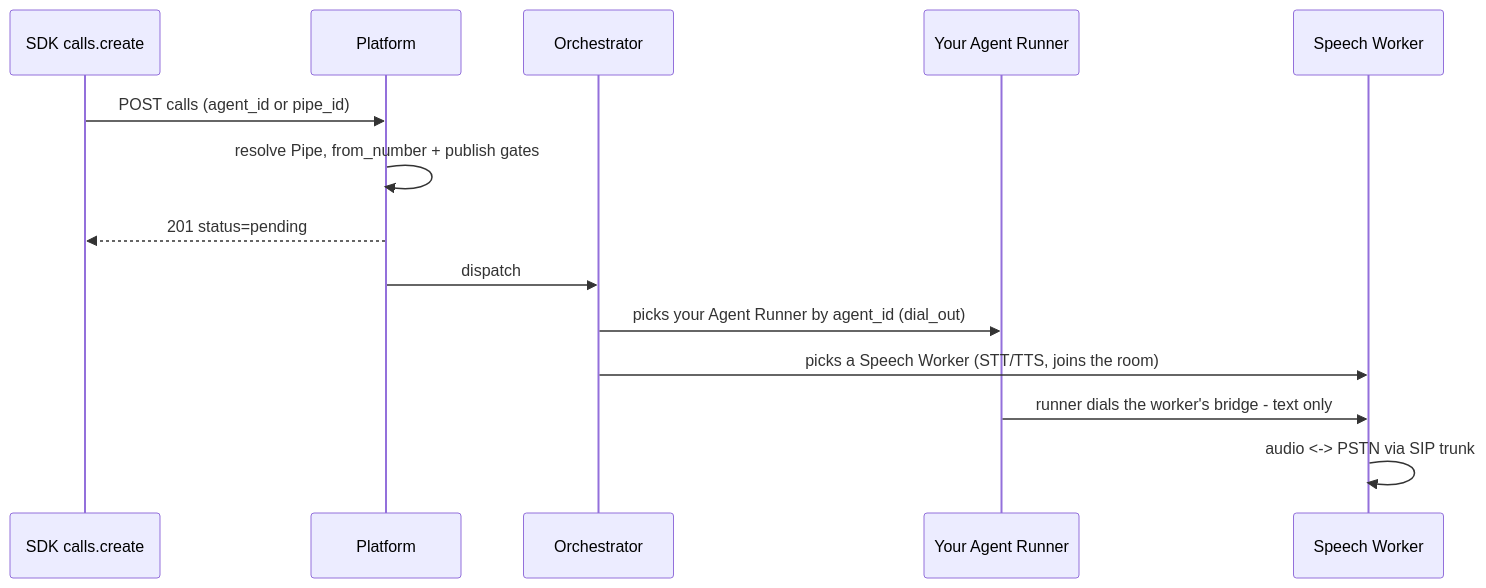
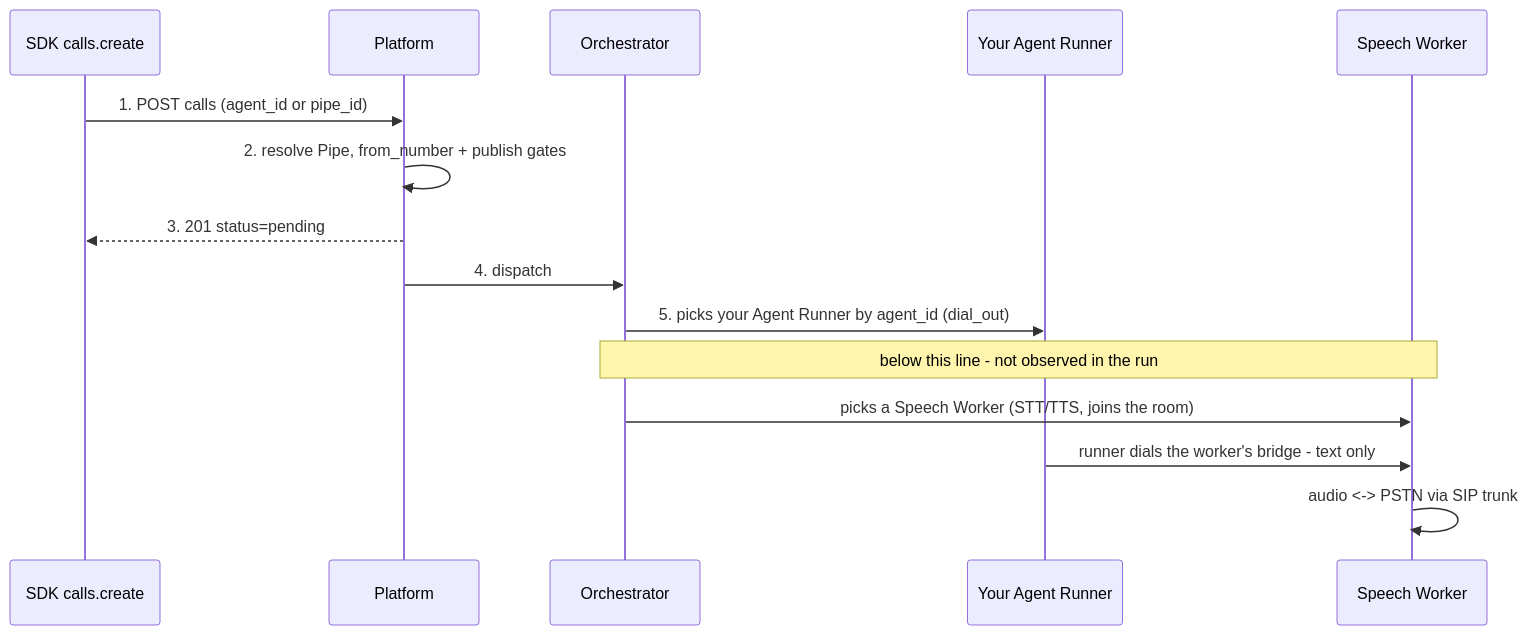
One commit to unpod-ai/unpod-python-sdk changed the diagram in docs/01-quickstart.md. Above: the diagram before and after it, drawn with Mermaid. The commit also changed other lines of this file and 2 other files, not shown here.

````diff
--- a/docs/01-quickstart.md
+++ b/docs/01-quickstart.md
@@ -223,16 +263,17 @@
 ```mermaid
 sequenceDiagram
     participant S as SDK calls.create
     participant P as Platform
     participant O as Orchestrator
     participant R as Your Agent Runner
     participant W as Speech Worker
-    S->>P: POST calls (agent_id or pipe_id)
-    P->>P: resolve Pipe, from_number + publish gates
-    P-->>S: 201 status=pending
-    P->>O: dispatch
-    O->>R: picks your Agent Runner by agent_id (dial_out)
+    S->>P: 1. POST calls (agent_id or pipe_id)
+    P->>P: 2. resolve Pipe, from_number + publish gates
+    P-->>S: 3. 201 status=pending
+    P->>O: 4. dispatch
+    O->>R: 5. picks your Agent Runner by agent_id (dial_out)
+    Note over O,W: below this line - not observed in the run
     O->>W: picks a Speech Worker (STT/TTS, joins the room)
     R->>W: runner dials the worker's bridge - text only
     W->>W: audio <-> PSTN via SIP trunk
 ```
````
